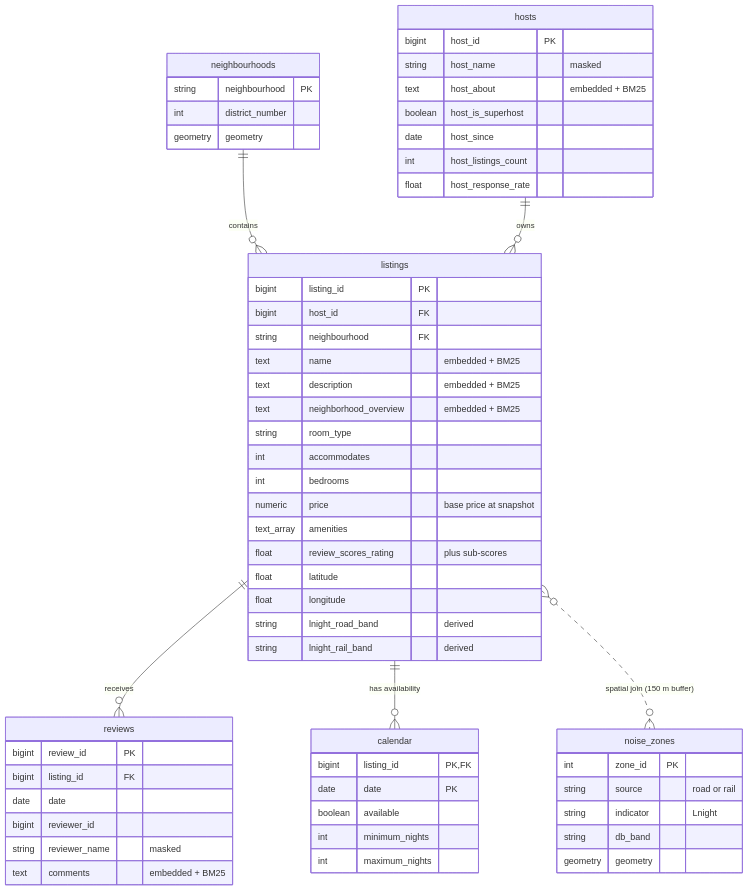
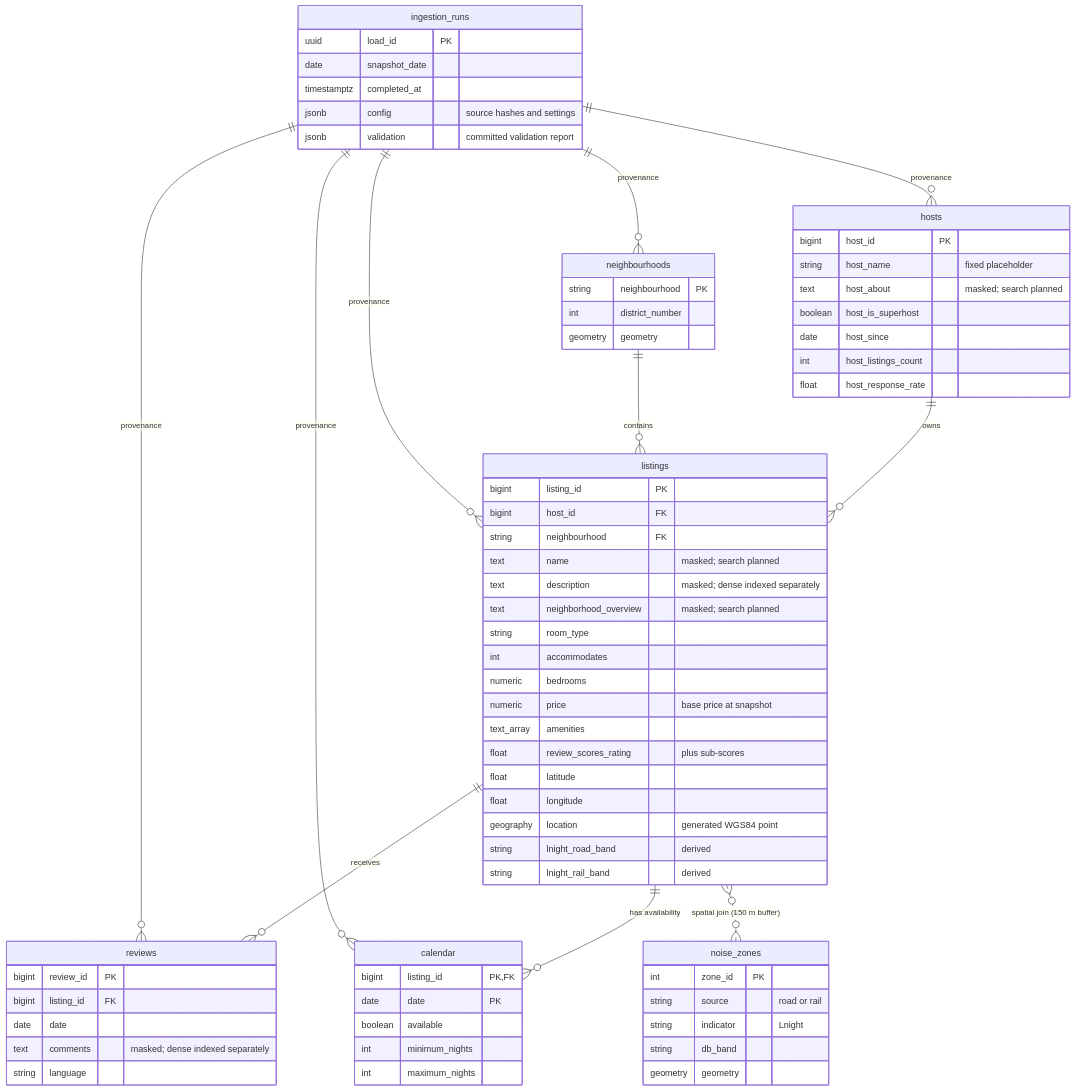
The diagram in docs/er_diagram.mermaid (GeorgH02/SCAAI_group_G), drawn with Mermaid before and after one commit. The commit also changed 7 other files, not shown here.

Commit message:
Add PostgreSQL data loading script

```diff
--- a/docs/er_diagram.mermaid
+++ b/docs/er_diagram.mermaid
@@ -1,66 +1,82 @@
 erDiagram
+    %% Application tables live in database vienna_stay, schema vienna_stay_assistant.
+    %% Five source tables and ingestion_runs are implemented by 20-schema.sql/load_sql.py.
+    %% Noise zones/bands and BM25 below remain planned; no noise data is loaded.
+    ingestion_runs ||--o{ neighbourhoods : provenance
+    ingestion_runs ||--o{ hosts : provenance
+    ingestion_runs ||--o{ listings : provenance
+    ingestion_runs ||--o{ reviews : provenance
+    ingestion_runs ||--o{ calendar : provenance
     neighbourhoods ||--o{ listings : contains
     hosts ||--o{ listings : owns
     listings ||--o{ reviews : receives
     listings ||--o{ calendar : "has availability"
     listings }o..o{ noise_zones : "spatial join (150 m buffer)"
 
     neighbourhoods {
         string neighbourhood PK
         int district_number
         geometry geometry
     }
 
     hosts {
         bigint host_id PK
-        string host_name "masked"
-        text host_about "embedded + BM25"
+        string host_name "fixed placeholder"
+        text host_about "masked; search planned"
         boolean host_is_superhost
         date host_since
         int host_listings_count
         float host_response_rate
     }
 
     listings {
         bigint listing_id PK
         bigint host_id FK
         string neighbourhood FK
-        text name "embedded + BM25"
-        text description "embedded + BM25"
-        text neighborhood_overview "embedded + BM25"
+        text name "masked; search planned"
+        text description "masked; dense indexed separately"
+        text neighborhood_overview "masked; search planned"
         string room_type
         int accommodates
-        int bedrooms
+        numeric bedrooms
         numeric price "base price at snapshot"
         text_array amenities
         float review_scores_rating "plus sub-scores"
         float latitude
         float longitude
+        geography location "generated WGS84 point"
         string lnight_road_band "derived"
         string lnight_rail_band "derived"
     }
 
     reviews {
         bigint review_id PK
         bigint listing_id FK
         date date
-        bigint reviewer_id
-        string reviewer_name "masked"
-        text comments "embedded + BM25"
+        text comments "masked; dense indexed separately"
+        string language
     }
 
     calendar {
         bigint listing_id PK, FK
         date date PK
         boolean available
         int minimum_nights
         int maximum_nights
     }
 
     noise_zones {
         int zone_id PK
         string source "road or rail"
         string indicator "Lnight"
         string db_band
         geometry geometry
     }
+
+    ingestion_runs {
+        uuid load_id PK
+        date snapshot_date
+        timestamptz completed_at
+        jsonb config "source hashes and settings"
+        jsonb validation "committed validation report"
+    }
```
